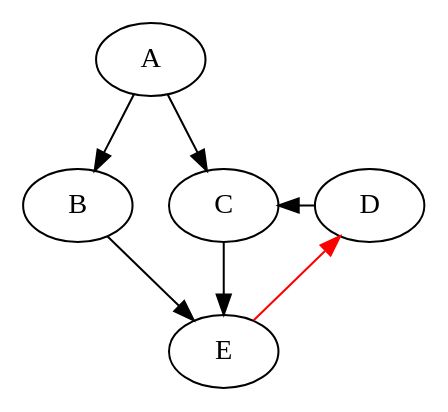
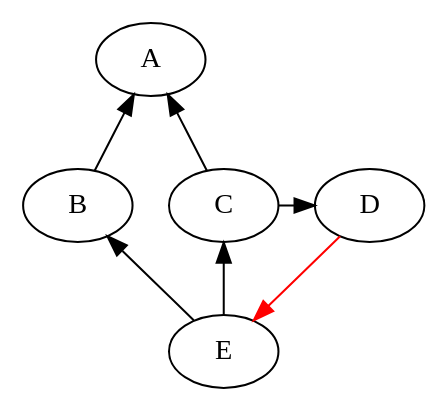
One commit to vaibhavsagar/presentations changed the diagram in tarjans-scc/images/notdag.dot. Above: the diagram before and after it, drawn with Graphviz. The commit also changed 3 other files, not shown here.

```diff
--- a/tarjans-scc/images/notdag.dot
+++ b/tarjans-scc/images/notdag.dot
@@ -1,8 +1,8 @@
 digraph {
-    A -> { B C }
-    B -> E
-    C -> E
-    C -> D [dir=back]
-    D -> E [dir=back,color=red]
+    A -> { B C } [dir=back]
+    B -> E [dir=back]
+    C -> E [dir=back]
+    C -> D
+    D -> E [color=red]
 {rank=same; B C D}
 }
```
